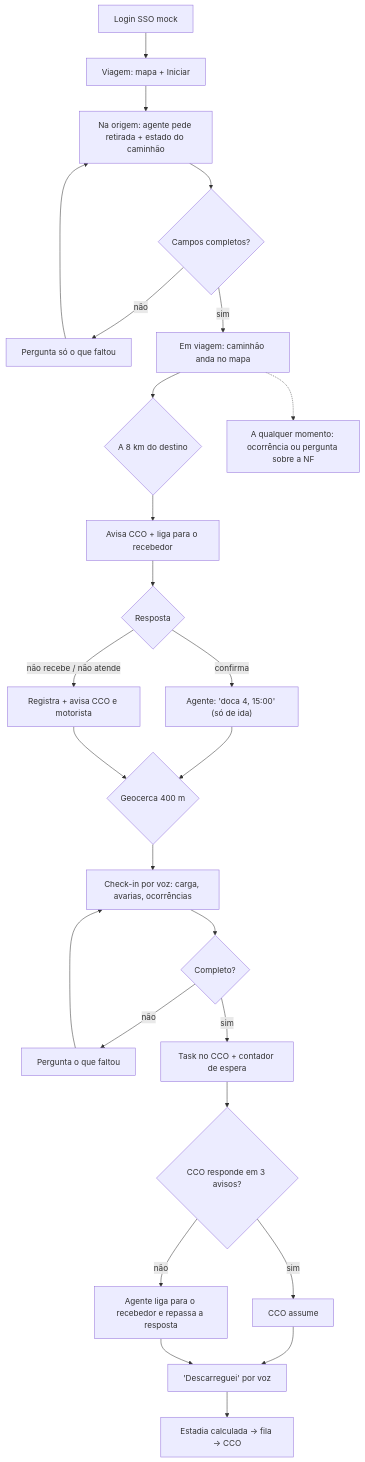
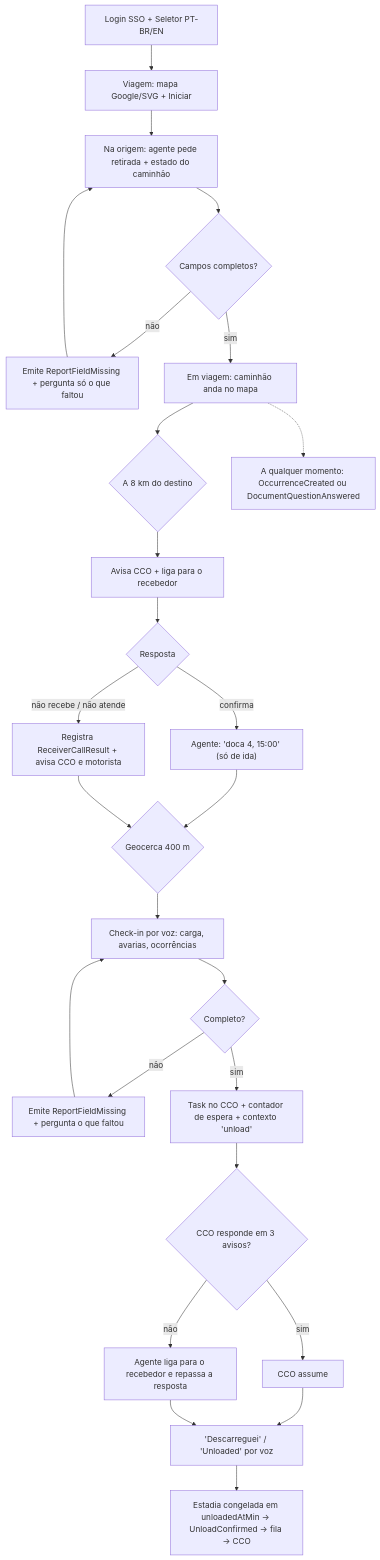
The first of 3 diagrams in docs/ARQUITETURA.md (chapahalls/avisai-mobile), drawn with Mermaid before and after one commit. The commit also changed other lines of this file and 108 other files, not shown here.

````diff
--- a/docs/ARQUITETURA.md
+++ b/docs/ARQUITETURA.md
@@ -56,26 +65,26 @@
 ```mermaid
 flowchart TD
-  A[Login SSO mock] --> B[Viagem: mapa + Iniciar]
+  A[Login SSO + Seletor PT-BR/EN] --> B[Viagem: mapa Google/SVG + Iniciar]
   B --> C["Na origem: agente pede retirada + estado do caminhão"]
   C --> D{Campos completos?}
-  D -- não --> E[Pergunta só o que faltou] --> C
+  D -- não --> E[Emite ReportFieldMissing + pergunta só o que faltou] --> C
   D -- sim --> F[Em viagem: caminhão anda no mapa]
   F --> G{A 8 km do destino}
   G --> H[Avisa CCO + liga para o recebedor]
   H --> I{Resposta}
   I -- confirma --> J["Agente: 'doca 4, 15:00' (só de ida)"]
-  I -- não recebe / não atende --> K[Registra + avisa CCO e motorista]
+  I -- não recebe / não atende --> K[Registra ReceiverCallResult + avisa CCO e motorista]
   J --> L{Geocerca 400 m}
   K --> L
   L --> M[Check-in por voz: carga, avarias, ocorrências]
   M --> N{Completo?}
-  N -- não --> O[Pergunta o que faltou] --> M
-  N -- sim --> P[Task no CCO + contador de espera]
+  N -- não --> O[Emite ReportFieldMissing + pergunta o que faltou] --> M
+  N -- sim --> P[Task no CCO + contador de espera + contexto 'unload']
   P --> Q{CCO responde em 3 avisos?}
   Q -- sim --> R[CCO assume]
   Q -- não --> S[Agente liga para o recebedor e repassa a resposta]
-  R --> T["'Descarreguei' por voz"]
+  R --> T["'Descarreguei' / 'Unloaded' por voz"]
   S --> T
-  T --> U[Estadia calculada → fila → CCO]
-  F -.-> V[A qualquer momento: ocorrência ou pergunta sobre a NF]
+  T --> U[Estadia congelada em unloadedAtMin → UnloadConfirmed → fila → CCO]
+  F -.-> V[A qualquer momento: OccurrenceCreated ou DocumentQuestionAnswered]
 ```
````
